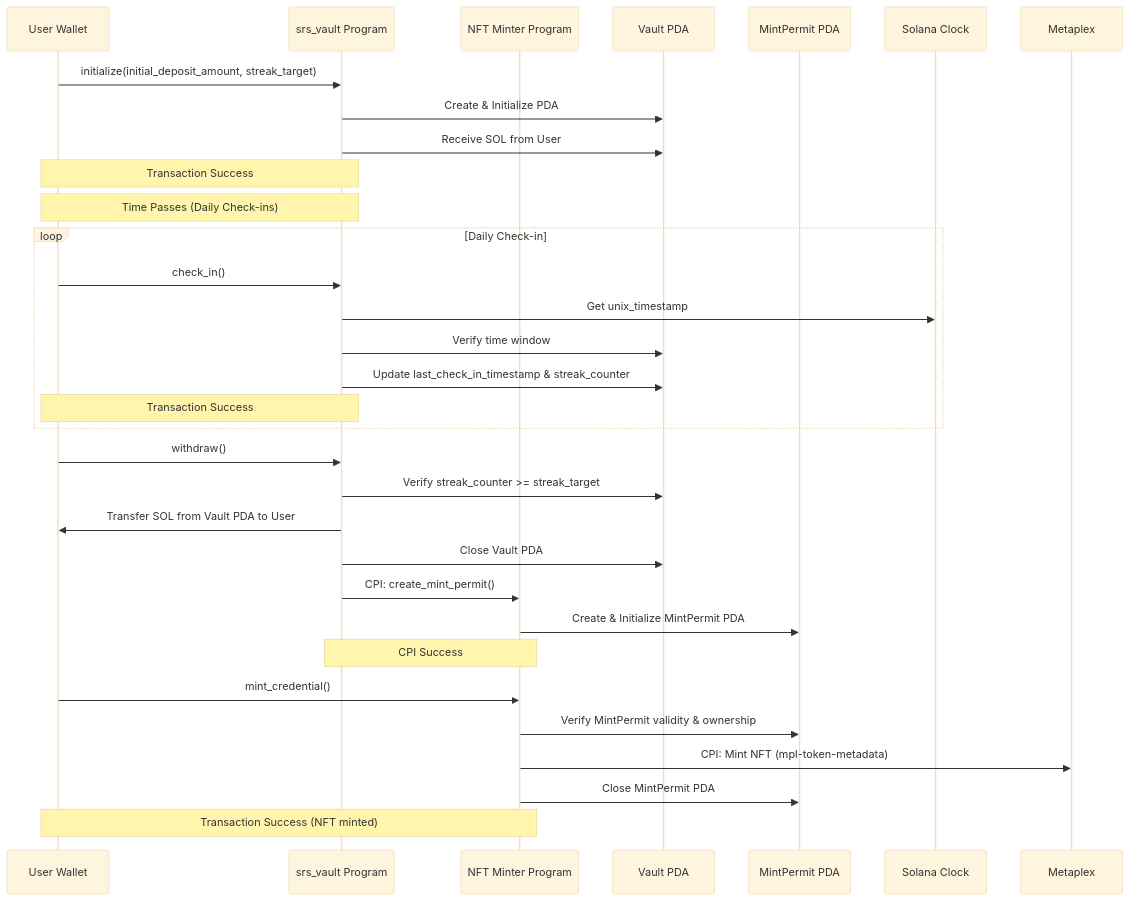
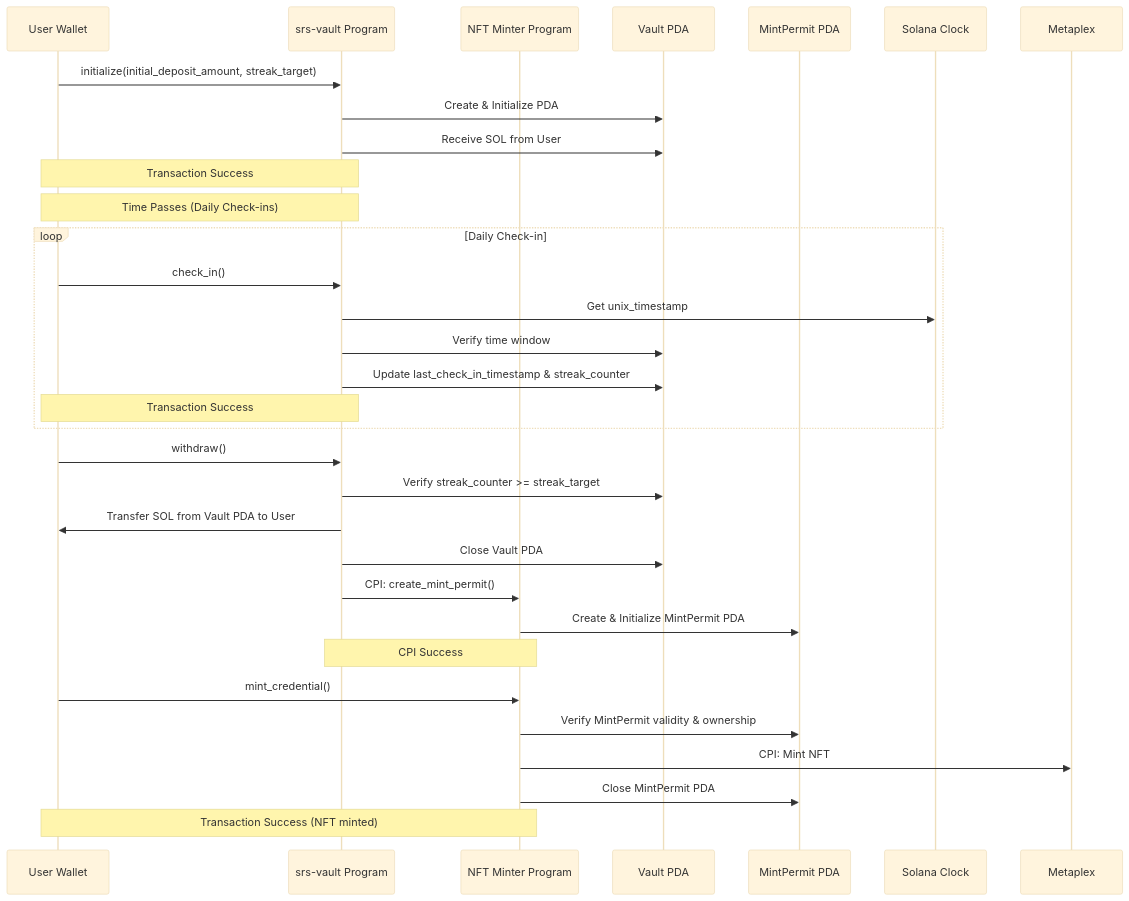
One commit to indralukmana/turbin3_Q3_indralukmana_capstone changed the second of 2 diagrams in docs/architecture.md. Above: the diagram before and after it, drawn with Mermaid (base theme). The commit also changed other lines of this file and 2 other files, not shown here.

````diff
--- a/docs/architecture.md
+++ b/docs/architecture.md
@@ -274,38 +274,38 @@
 ```mermaid
 sequenceDiagram
     participant U as User Wallet
-    participant V as srs_vault Program
+    participant V as srs-vault Program
     participant N as NFT Minter Program
     participant SV as Vault PDA
     participant SP as MintPermit PDA
     participant S as Solana Clock
 
     U->>V: initialize(initial_deposit_amount, streak_target)
     V->>SV: Create & Initialize PDA
     V->>SV: Receive SOL from User
     Note over U,V: Transaction Success
 
     Note over U,V: Time Passes (Daily Check-ins)
 
     loop Daily Check-in
         U->>V: check_in()
         V->>S: Get unix_timestamp
         V->>SV: Verify time window
         V->>SV: Update last_check_in_timestamp & streak_counter
         Note over U,V: Transaction Success
     end
 
     U->>V: withdraw()
     V->>SV: Verify streak_counter >= streak_target
     V->>U: Transfer SOL from Vault PDA to User
     V->>SV: Close Vault PDA
     V->>N: CPI: create_mint_permit()
     N->>SP: Create & Initialize MintPermit PDA
     Note over V,N: CPI Success
 
     U->>N: mint_credential()
     N->>SP: Verify MintPermit validity & ownership
-    N->>Metaplex: CPI: Mint NFT (mpl-token-metadata)
+    N->>Metaplex: CPI: Mint NFT
     N->>SP: Close MintPermit PDA
     Note over U,N: Transaction Success (NFT minted)
 ```
````
